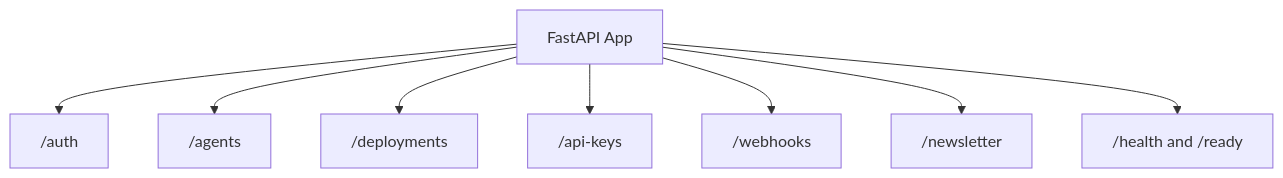
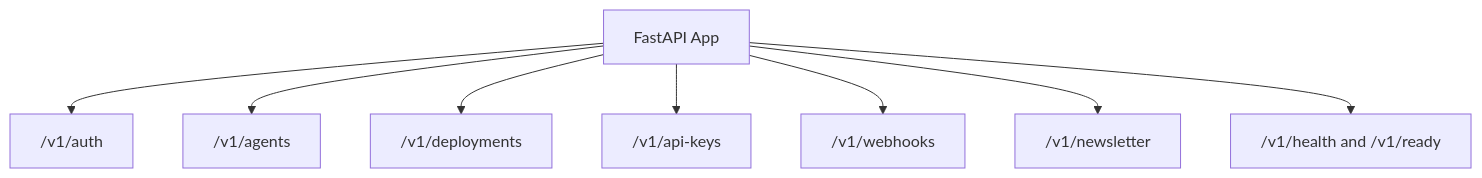
The second of 6 diagrams in whitepaper.md (mutx-dev/mutx-dev), drawn with Mermaid before and after one commit. The commit also changed other lines of this file and 4 other files, not shown here.

````diff
--- a/whitepaper.md
+++ b/whitepaper.md
@@ -159,19 +163,19 @@
 ```mermaid
 flowchart TD
     Root["FastAPI App"];
-    Auth["/auth"];
-    Agents["/agents"];
-    Deployments["/deployments"];
-    Keys["/api-keys"];
-    Hooks["/webhooks"];
-    Newsletter["/newsletter"];
-    Health["/health and /ready"];
+    Auth["/v1/auth"];
+    Agents["/v1/agents"];
+    Deployments["/v1/deployments"];
+    Keys["/v1/api-keys"];
+    Hooks["/v1/webhooks"];
+    Newsletter["/v1/newsletter"];
+    Health["/v1/health and /v1/ready"];
 
     Root --> Auth;
     Root --> Agents;
     Root --> Deployments;
     Root --> Keys;
     Root --> Hooks;
     Root --> Newsletter;
     Root --> Health;
 ```
````
